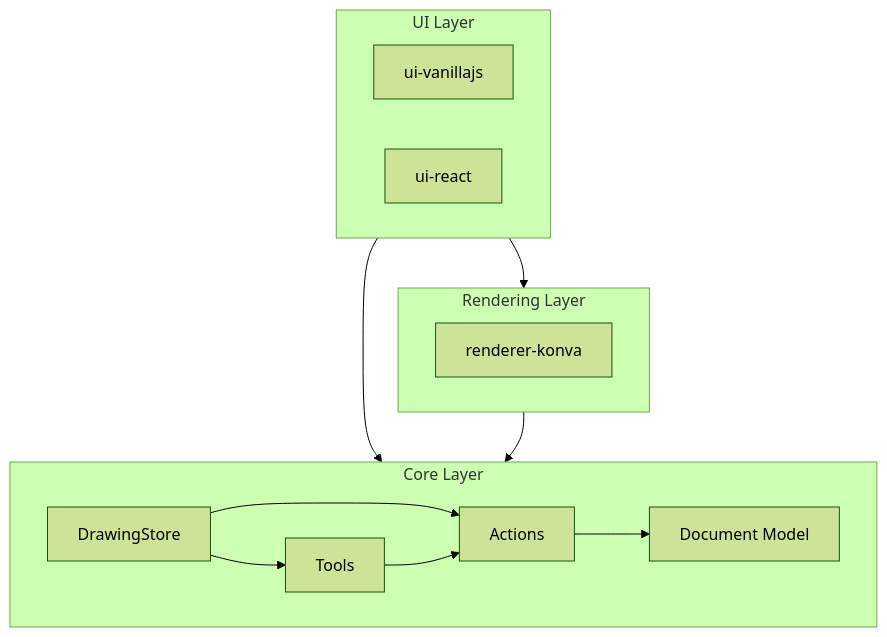
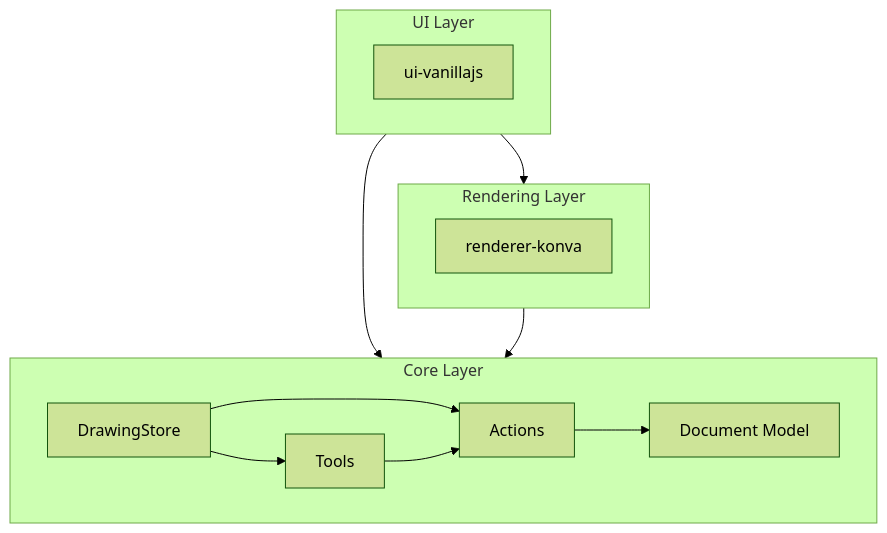
Before and after one commit to irskep/smalldraw: the first of 2 diagrams in docs/explanation/architecture-overview.md, drawn with Mermaid (forest theme). The commit also changed 12 other files, not shown here.

````diff
--- a/docs/explanation/architecture-overview.md
+++ b/docs/explanation/architecture-overview.md
@@ -5,28 +5,27 @@
 ```mermaid
 graph TB
     subgraph UI["UI Layer"]
         direction LR
         VanillaUI["ui-vanillajs"]
-        ReactUI["ui-react"]
     end
 
     subgraph Renderer["Rendering Layer"]
         Konva["renderer-konva"]
     end
 
     subgraph Core["Core Layer"]
         direction LR
         Store["DrawingStore"]
         Tools["Tools"]
         Actions["Actions"]
         Model["Document Model"]
     end
 
     UI --> Renderer
     UI --> Core
     Renderer --> Model
     Store --> Tools
     Store --> Actions
     Tools --> Actions
     Actions --> Model
 ```
````
